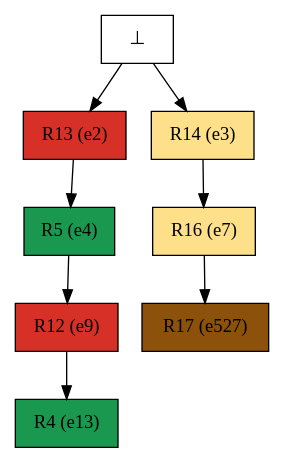
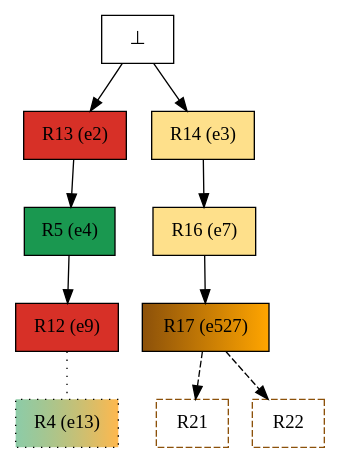
One commit to giannkas/ecofolder changed the diagram in examples/oursin_tasmanie/mrk_instances/alg2urc/mindoo_confs/10_mindoo_conf_colored.dot. Above: the diagram before and after it, drawn with Graphviz. The commit also changed 58 other files, not shown here.

```diff
--- a/examples/oursin_tasmanie/mrk_instances/alg2urc/mindoo_confs/10_mindoo_conf_colored.dot
+++ b/examples/oursin_tasmanie/mrk_instances/alg2urc/mindoo_confs/10_mindoo_conf_colored.dot
@@ -1,17 +1,21 @@
 digraph test {
   e2 -> e4;
   e3 -> e7;
   e4 -> e9;
-  e9 -> e13;
+  e9 -> e13 [arrowhead=none style=dotted];
   e7 -> e527;
+  e527 -> r21 [color="black" style=dashed];
+  e527 -> r22 [color="black" style=dashed];
   e0 -> e2;
   e0 -> e3;
   e2 [color="black" fillcolor="#d73027:#d73027" label="R13 (e2)" shape=box style=filled];
   e3 [color="black" fillcolor="#fee08b:#fee08b" label="R14 (e3)" shape=box style=filled];
   e4 [color="black" fillcolor="#1a9850:#1a9850" label="R5 (e4)" shape=box style=filled];
   e7 [color="black" fillcolor="#fee08b:#fee08b" label="R16 (e7)" shape=box style=filled];
   e9 [color="black" fillcolor="#d73027:#d73027" label="R12 (e9)" shape=box style=filled];
-  e13 [color="black" fillcolor="#1a9850:#1a9850" label="R4 (e13)" shape=box style=filled];
-  e527 [color="black" fillcolor="#8c510a:#8c510a" label="R17 (e527)" shape=box style=filled];
+  e13 [color="black" fillcolor="#1a98507f:#ff9900b1" label="R4 (e13)" shape=box style="filled,dotted"];
+  e527 [color="black" fillcolor="#8c510a:orange" label="R17 (e527)" shape=box style=filled];
   e0 [fillcolor="white" label="⊥" shape=box style=filled];
+  r21 [fillcolor="transparent" color="#8c510a" label=R21 shape=box style=dashed];
+  r22 [fillcolor="transparent" color="#8c510a" label=R22 shape=box style=dashed];
 }
```
